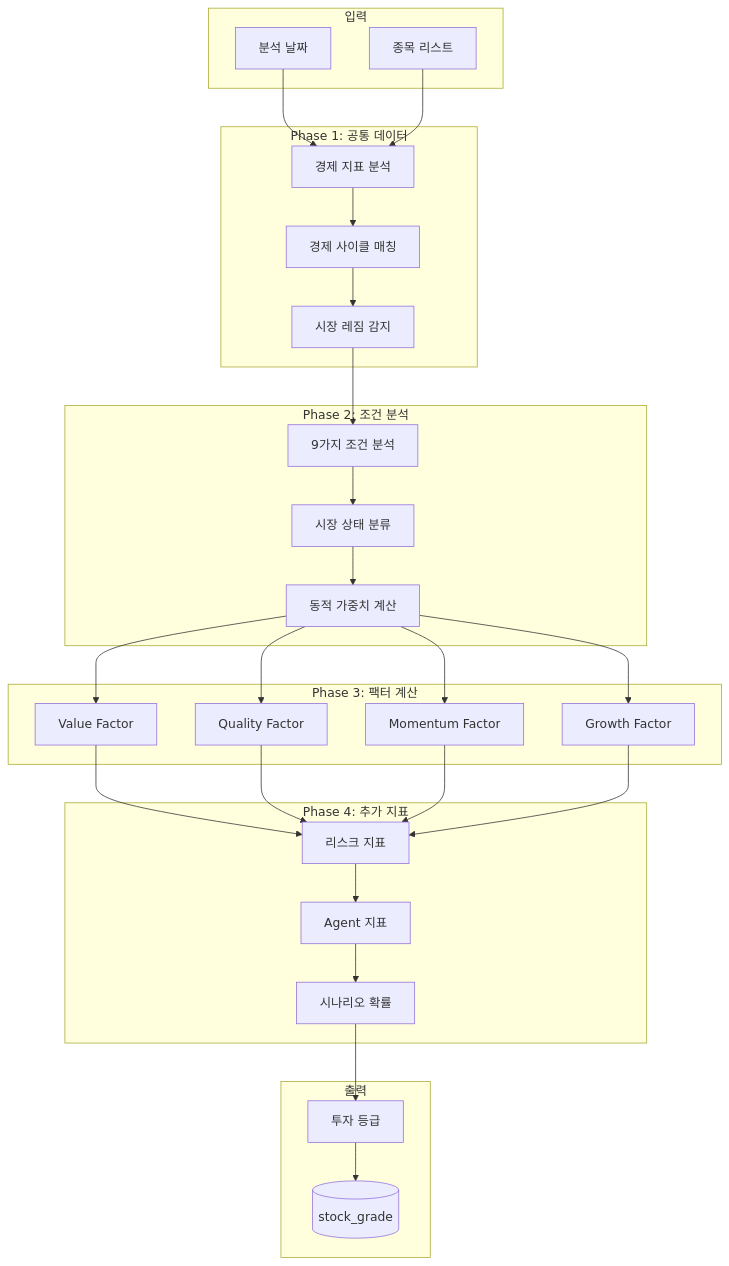
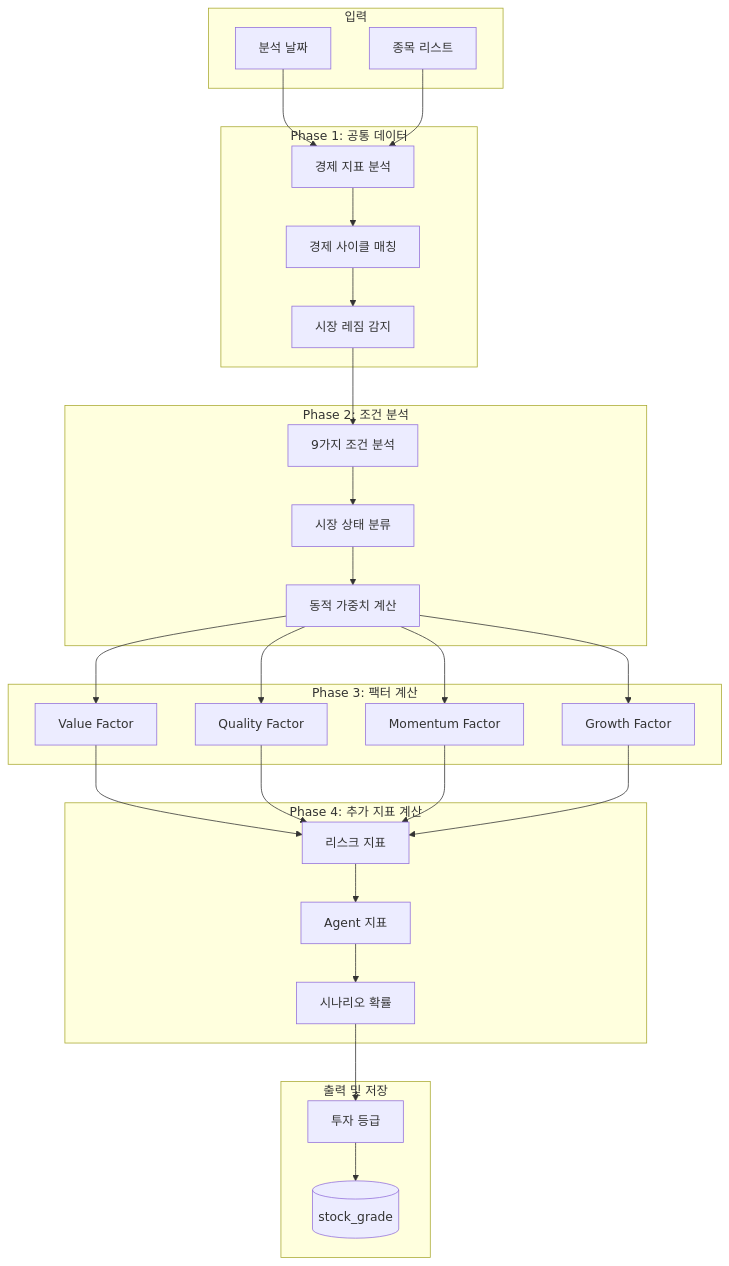
The first of 6 diagrams in README.md (vinjung/alphafolio_quant), drawn with Mermaid before and after one commit. The commit also changed other lines of this file, not shown here.

````diff
--- a/README.md
+++ b/README.md
@@ -72,57 +72,57 @@
 ```mermaid
 flowchart TB
     subgraph Input["입력"]
         DATE[분석 날짜]
         SYMBOLS[종목 리스트]
     end
 
     subgraph Phase1["Phase 1: 공통 데이터"]
         ECON[경제 지표 분석]
         CYCLE[경제 사이클 매칭]
         REGIME[시장 레짐 감지]
     end
 
     subgraph Phase2["Phase 2: 조건 분석"]
         COND[9가지 조건 분석]
         CLASS[시장 상태 분류]
         WEIGHT[동적 가중치 계산]
     end
 
     subgraph Phase3["Phase 3: 팩터 계산"]
         VALUE[Value Factor]
         QUALITY[Quality Factor]
         MOMENTUM[Momentum Factor]
         GROWTH[Growth Factor]
     end
 
-    subgraph Phase4["Phase 4: 추가 지표"]
+    subgraph Phase4["Phase 4: 추가 지표 계산"]
         RISK[리스크 지표]
         AGENT[Agent 지표]
         SCENARIO[시나리오 확률]
     end
 
-    subgraph Output["출력"]
+    subgraph Output["출력 및 저장"]
         GRADE[투자 등급]
         DB[(stock_grade)]
     end
 
     DATE --> ECON
     SYMBOLS --> ECON
     ECON --> CYCLE
     CYCLE --> REGIME
     REGIME --> COND
     COND --> CLASS
     CLASS --> WEIGHT
     WEIGHT --> VALUE
     WEIGHT --> QUALITY
     WEIGHT --> MOMENTUM
     WEIGHT --> GROWTH
     VALUE --> RISK
     QUALITY --> RISK
     MOMENTUM --> RISK
     GROWTH --> RISK
     RISK --> AGENT
     AGENT --> SCENARIO
     SCENARIO --> GRADE
     GRADE --> DB
 ```
````
